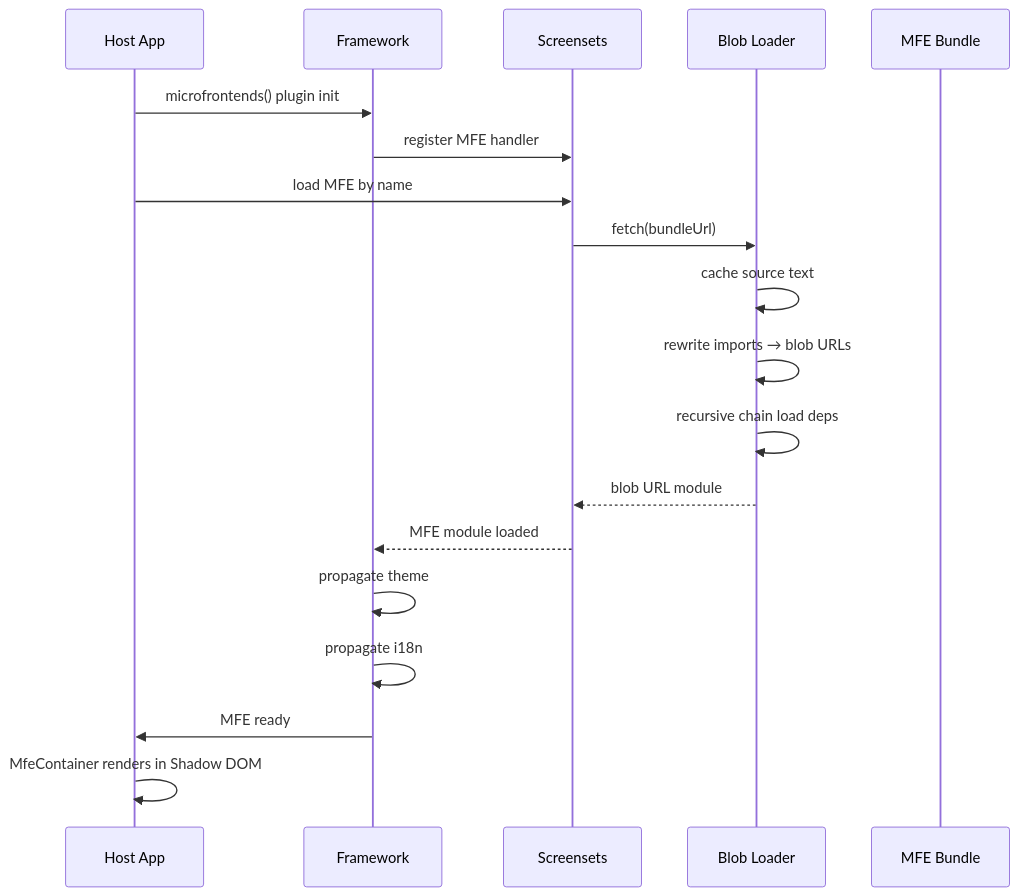
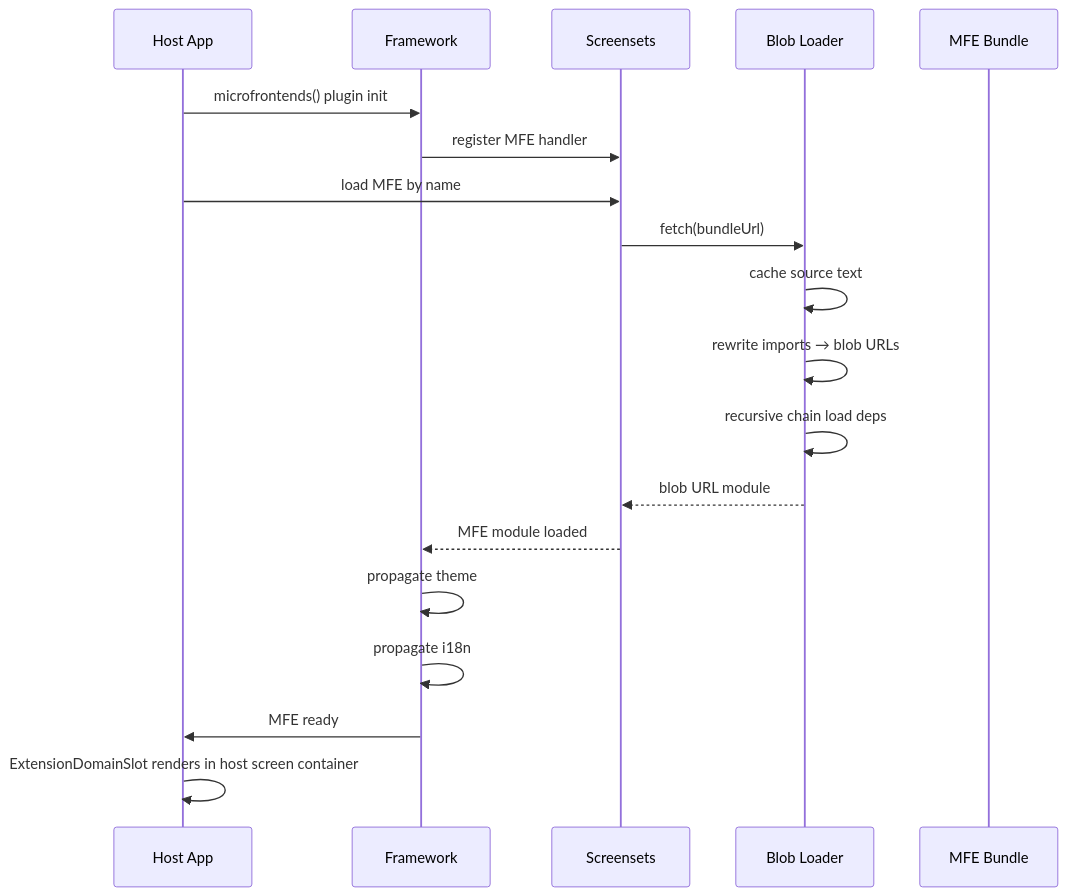
The third of 5 diagrams in architecture/DESIGN.md (GeraBart/HAI3), drawn with Mermaid before and after one commit. The commit also changed other lines of this file and 179 other files, not shown here.

Commit message:
feat(api): TanStack Query, abort, restricted common cache, optimistic updates, demo, use ExtensionDomainSlot, dedupe ThemeAwareLifecycle, update docs

````diff
--- a/architecture/DESIGN.md
+++ b/architecture/DESIGN.md
@@ -915,22 +946,22 @@
 ```mermaid
 sequenceDiagram
     participant Host as Host App
     participant FW as Framework
     participant SS as Screensets
     participant Blob as Blob Loader
     participant MFE as MFE Bundle
 
     Host->>FW: microfrontends() plugin init
     FW->>SS: register MFE handler
     Host->>SS: load MFE by name
     SS->>Blob: fetch(bundleUrl)
     Blob->>Blob: cache source text
     Blob->>Blob: rewrite imports → blob URLs
     Blob->>Blob: recursive chain load deps
     Blob-->>SS: blob URL module
     SS-->>FW: MFE module loaded
     FW->>FW: propagate theme
     FW->>FW: propagate i18n
     FW->>Host: MFE ready
-    Host->>Host: MfeContainer renders in Shadow DOM
+    Host->>Host: ExtensionDomainSlot renders in host screen container
 ```
````
